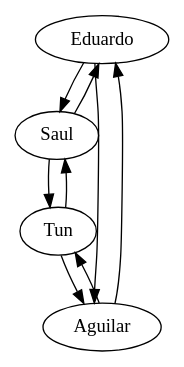
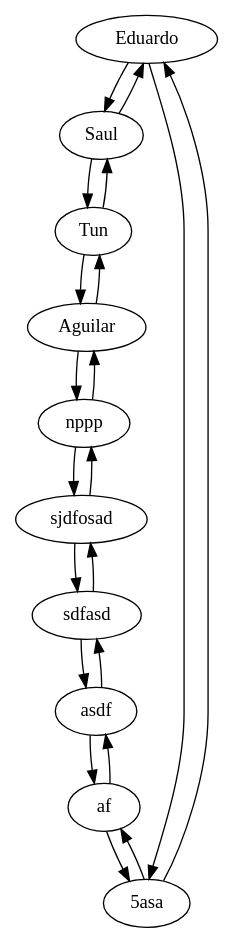
Before and after one commit to Eduardo01004/-EDD-_1S2019_P1_201612124: the diagram in ListaDobleCircularUsuarios.dot, drawn with Graphviz. The commit also changed 18 other files, not shown here.

```diff
--- a/ListaDobleCircularUsuarios.dot
+++ b/ListaDobleCircularUsuarios.dot
@@ -1,14 +1,32 @@
 digraph CircularList {
-3870619[fillcolor=seashell2,label="Eduardo"];
-3870619->3870571
-3870571->3870619
-3870571[fillcolor=seashell2,label="Saul"];
-3870571->3870549
-3870549->3870571
-3870549[fillcolor=seashell2,label="Tun"];
-3870549->3870553
-3870553->3870549
-3870553[fillcolor=seashell2,label="Aguilar"];
-3870553->3870619
-3870619->3870553
+1087871[fillcolor=seashell2,label="Eduardo "];
+1087871->1087867
+1087867->1087871
+1087867[fillcolor=seashell2,label="Saul"];
+1087867->1087879
+1087879->1087867
+1087879[fillcolor=seashell2,label="Tun"];
+1087879->1087885
+1087885->1087879
+1087885[fillcolor=seashell2,label="Aguilar"];
+1087885->1087887
+1087887->1087885
+1087887[fillcolor=seashell2,label="nppp"];
+1087887->1087891
+1087891->1087887
+1087891[fillcolor=seashell2,label="sjdfosad"];
+1087891->1087893
+1087893->1087891
+1087893[fillcolor=seashell2,label="sdfasd"];
+1087893->1087897
+1087897->1087893
+1087897[fillcolor=seashell2,label="asdf"];
+1087897->1087901
+1087901->1087897
+1087901[fillcolor=seashell2,label="af"];
+1087901->1087907
+1087907->1087901
+1087907[fillcolor=seashell2,label="5asa"];
+1087907->1087871
+1087871->1087907
 }
```
